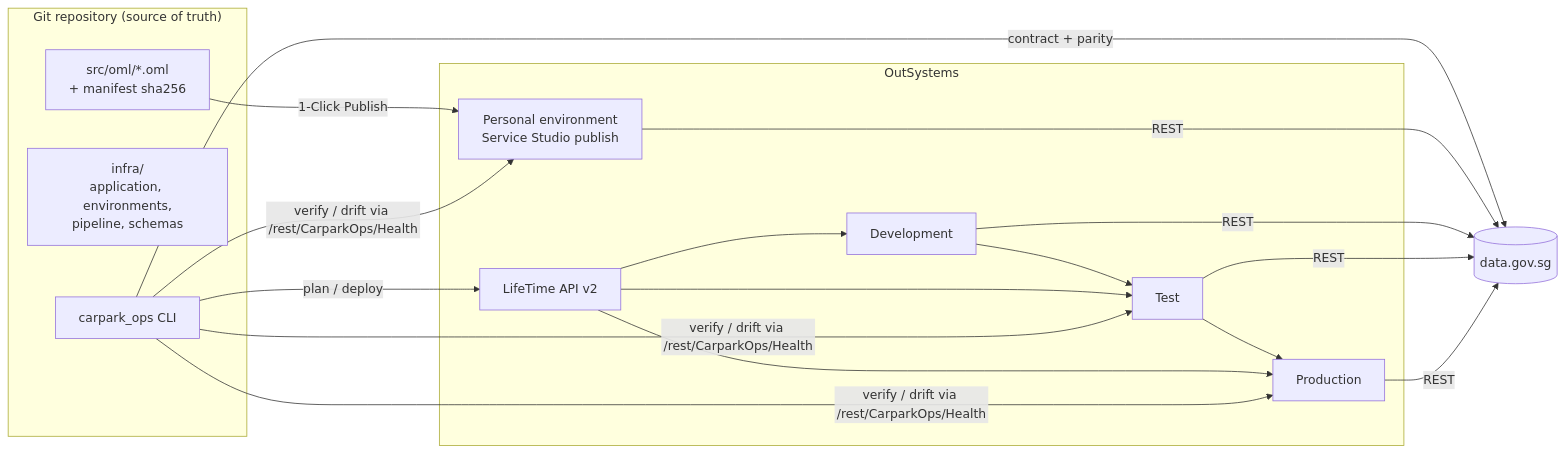
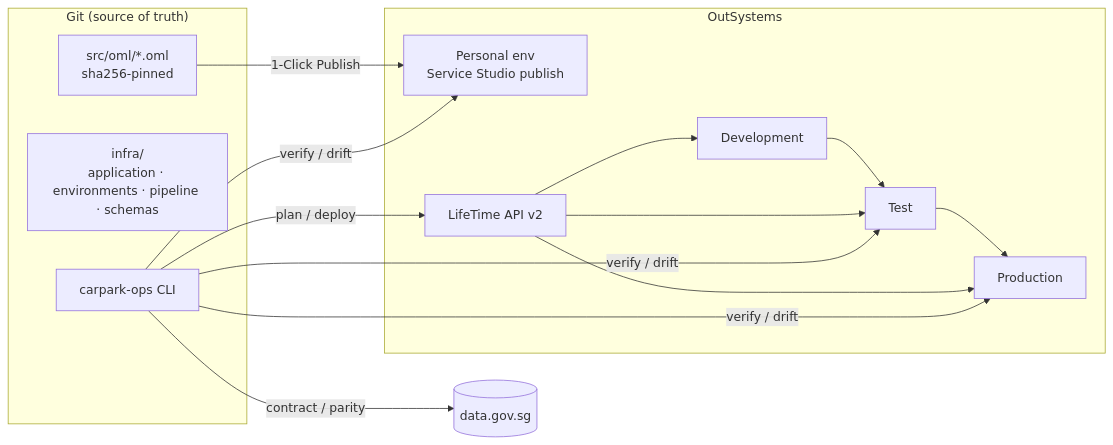
Before and after one commit to shashni/CarparkAvailability: the second of 2 diagrams in README.md, drawn with Mermaid. The commit also changed other lines of this file and 8 other files, not shown here.

````diff
--- a/README.md
+++ b/README.md
@@ -31,20 +292,18 @@
 ```mermaid
 flowchart LR
-  subgraph Repo["Git repository (source of truth)"]
-    OML[src/oml/*.oml<br/>+ manifest sha256]
-    INFRA[infra/<br/>application, environments,<br/>pipeline, schemas]
-    OPS[carpark_ops CLI]
+  subgraph Repo["Git (source of truth)"]
+    OML[src/oml/*.oml<br/>sha256-pinned]
+    INFRA[infra/<br/>application · environments · pipeline · schemas]
+    OPS[carpark-ops CLI]
   end
-  subgraph OS["OutSystems"]
-    PERS[Personal environment<br/>Service Studio publish]
+  subgraph OutSystems
+    PERS[Personal env<br/>Service Studio publish]
     DEV[Development] --> TEST[Test] --> PROD[Production]
     LT[LifeTime API v2]
   end
   GOV[(data.gov.sg)]
-  OPS -- plan / deploy --> LT
-  LT --> DEV & TEST & PROD
+  OPS -- plan / deploy --> LT --> DEV & TEST & PROD
   OML -- 1-Click Publish --> PERS
-  OPS -- verify / drift via /rest/CarparkOps/Health --> PERS & TEST & PROD
-  OPS -- contract + parity --> GOV
-  PERS & DEV & TEST & PROD -- REST --> GOV
+  OPS -- verify / drift --> PERS & TEST & PROD
+  OPS -- contract / parity --> GOV
 ```
````
